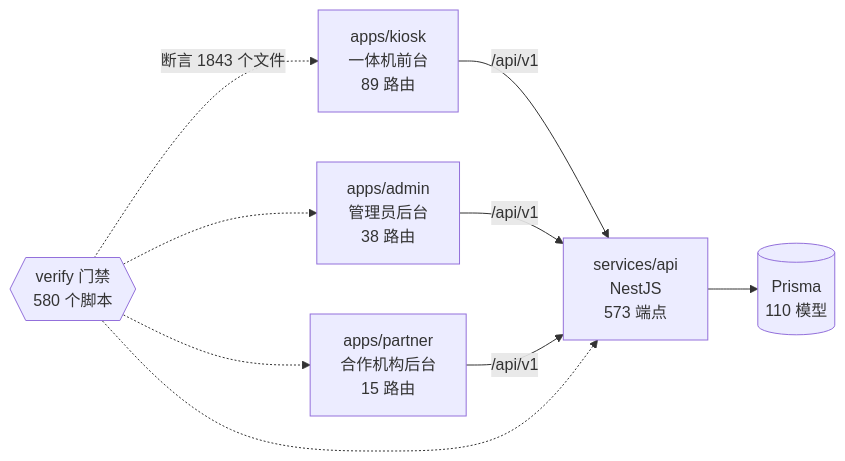
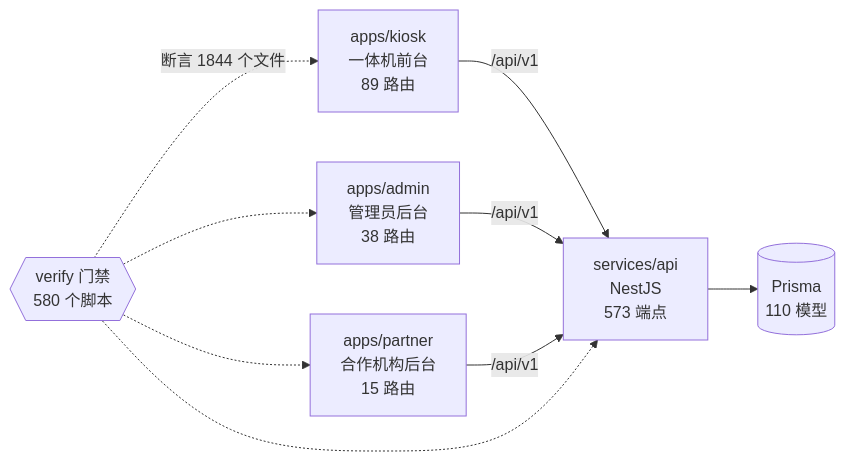
Before and after one commit to wanglei581/YITIJI: the diagram in docs/graph/README.md, drawn with Mermaid. The commit also changed other lines of this file and 2 other files, not shown here.

Commit message:
merge: 并入候选（只解进度文档与图谱）

````diff
--- a/docs/graph/README.md
+++ b/docs/graph/README.md
@@ -68,18 +68,18 @@
 ```mermaid
 flowchart LR
   kiosk["apps/kiosk<br/>一体机前台<br/>89 路由"]
   admin["apps/admin<br/>管理员后台<br/>38 路由"]
   partner["apps/partner<br/>合作机构后台<br/>15 路由"]
   api["services/api<br/>NestJS<br/>573 端点"]
   db[("Prisma<br/>110 模型")]
   gates{{"verify 门禁<br/>580 个脚本"}}
 
   kiosk -->|"/api/v1"| api
   admin -->|"/api/v1"| api
   partner -->|"/api/v1"| api
   api --> db
-  gates -.->|"断言 1843 个文件"| kiosk
+  gates -.->|"断言 1844 个文件"| kiosk
   gates -.-> admin
   gates -.-> partner
   gates -.-> api
 ```
````
